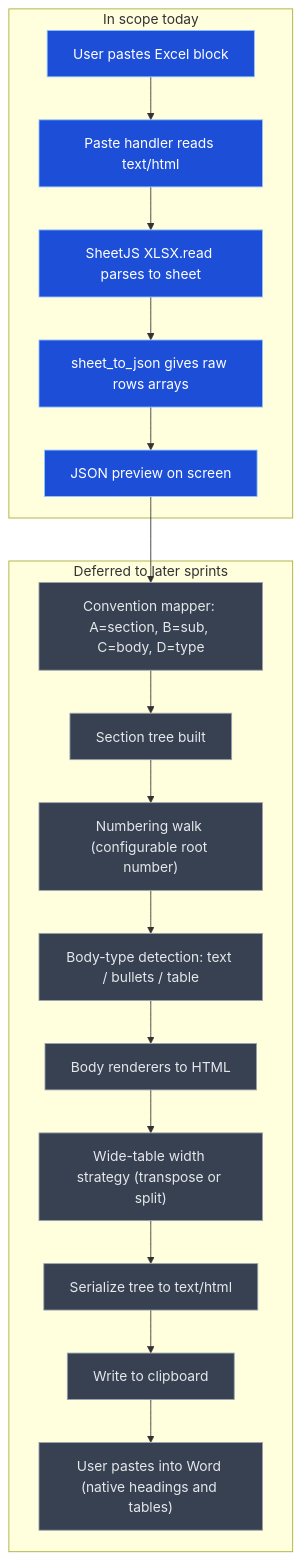
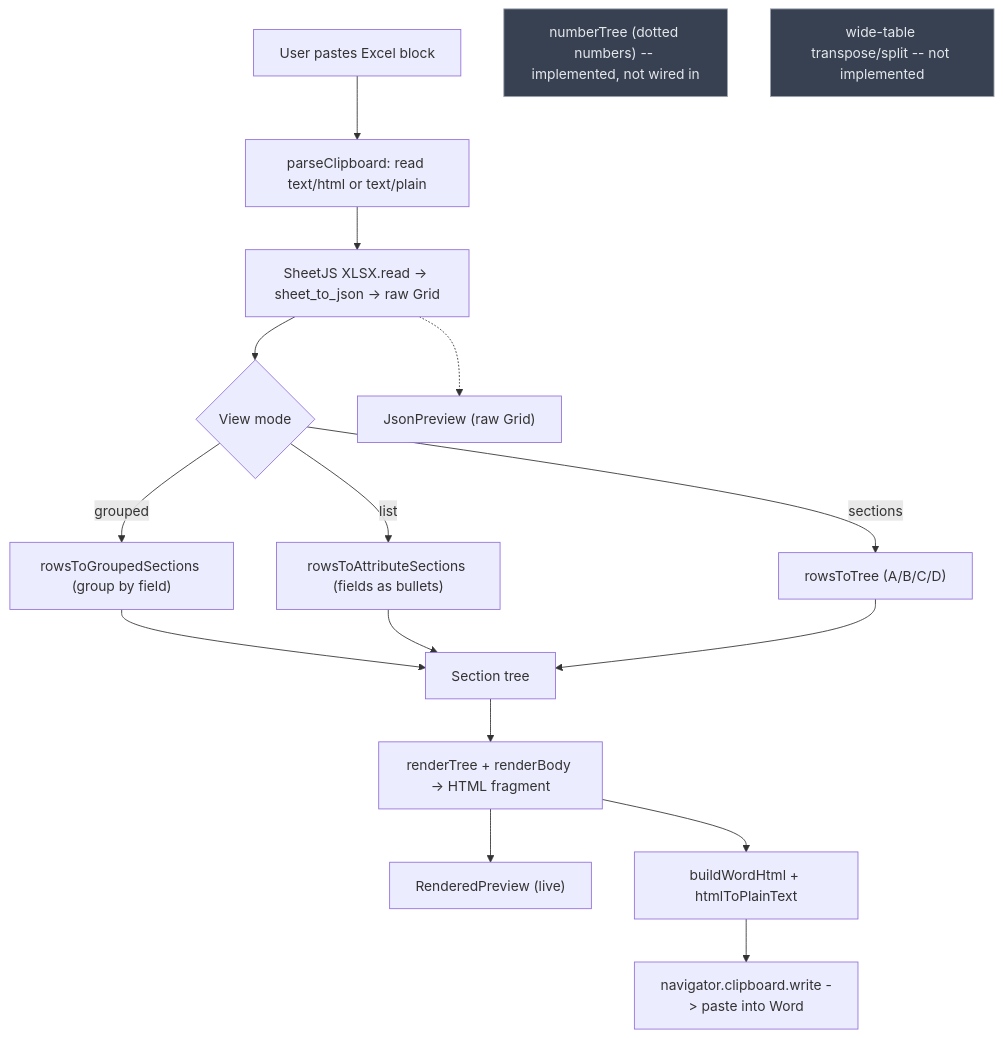
Before and after one commit to maybiiLen/Excel-Parser-: the diagram in docs/ARCHITECTURE.md, drawn with Mermaid. The commit also changed other lines of this file and 6 other files, not shown here.

````diff
--- a/docs/ARCHITECTURE.md
+++ b/docs/ARCHITECTURE.md
@@ -82,28 +98,28 @@
 ```mermaid
 flowchart TD
-    subgraph today["In scope today"]
-        A["User pastes Excel block"]
-        B["Paste handler reads text/html"]
-        C["SheetJS XLSX.read parses to sheet"]
-        D["sheet_to_json gives raw rows arrays"]
-        E["JSON preview on screen"]
-    end
-    subgraph later["Deferred to later sprints"]
-        F["Convention mapper: A=section, B=sub, C=body, D=type"]
-        G["Section tree built"]
-        H["Numbering walk (configurable root number)"]
-        I["Body-type detection: text / bullets / table"]
-        J["Body renderers to HTML"]
-        K["Wide-table width strategy (transpose or split)"]
-        L["Serialize tree to text/html"]
-        M["Write to clipboard"]
-        N["User pastes into Word (native headings and tables)"]
-    end
-    A --> B --> C --> D --> E
-    E --> F --> G --> H --> I --> J --> K --> L --> M --> N
+    A["User pastes Excel block"]
+    B["parseClipboard: read text/html or text/plain"]
+    C["SheetJS XLSX.read -> sheet_to_json -> raw Grid"]
+    V{"View mode"}
+    G["rowsToGroupedSections (group by field)"]
+    L["rowsToAttributeSections (fields as bullets)"]
+    S["rowsToTree (A/B/C/D)"]
+    T["Section tree"]
+    R["renderTree + renderBody -> HTML fragment"]
+    P["RenderedPreview (live)"]
+    J["JsonPreview (raw Grid)"]
+    W["buildWordHtml + htmlToPlainText"]
+    X["navigator.clipboard.write -> paste into Word"]
+    A --> B --> C --> V
+    V -->|grouped| G --> T
+    V -->|list| L --> T
+    V -->|sections| S --> T
+    T --> R --> P
+    C -.-> J
+    R --> W --> X
 
-    classDef todayNode fill:#1d4ed8,stroke:#93c5fd,color:#fff;
-    classDef laterNode fill:#374151,stroke:#9ca3af,color:#e5e7eb;
-    class A,B,C,D,E todayNode;
-    class F,G,H,I,J,K,L,M,N laterNode;
+    N["numberTree (dotted numbers) -- implemented, not wired in"]
+    K["wide-table transpose/split -- not implemented"]
+    class N,K deferred;
+    classDef deferred fill:#374151,stroke:#9ca3af,color:#e5e7eb;
 ```
````
